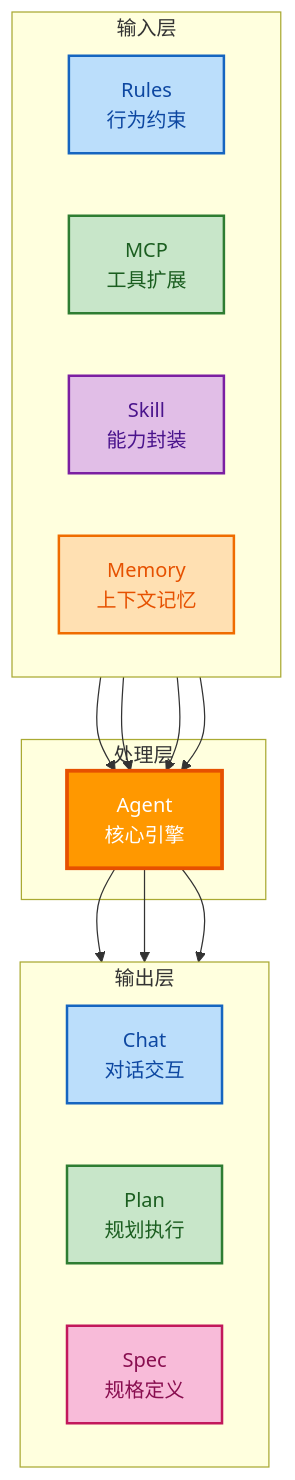
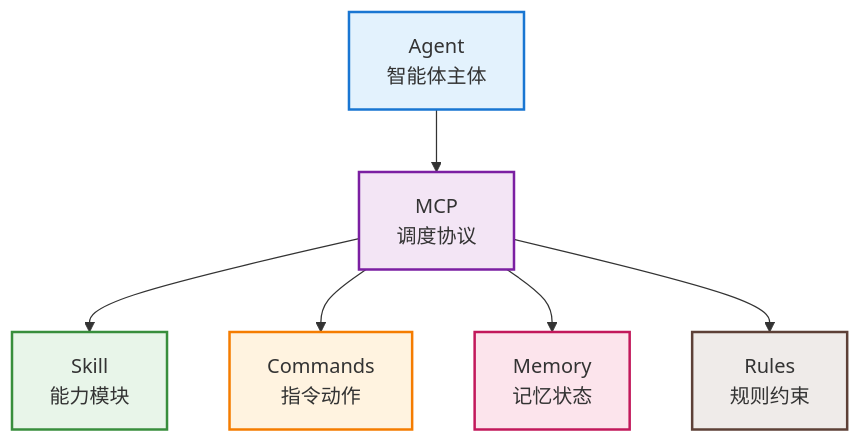
One commit to eliduty/slide changed the diagram in presentations/ai-coding/slides/agent/02-components.md. Above: the diagram before and after it, drawn with Mermaid. The commit also changed other lines of this file and 37 other files, not shown here.

````diff
--- a/presentations/ai-coding/slides/agent/02-components.md
+++ b/presentations/ai-coding/slides/agent/02-components.md
@@ -5,38 +7,15 @@
-```mermaid {scale: 1.0}
+```mermaid
 graph TB
-    subgraph 输入层
-        direction LR
-        R[Rules<br/>行为约束]
-        M[MCP<br/>工具扩展]
-        S[Skill<br/>能力封装]
-        Me[Memory<br/>上下文记忆]
-    end
+    A[Agent<br/>智能体主体] --> M[MCP<br/>调度协议]
+    M --> S[Skill<br/>能力模块]
+    M --> C[Commands<br/>指令动作]
+    M --> Me[Memory<br/>记忆状态]
+    M --> R[Rules<br/>规则约束]
 
-    subgraph 处理层
-        A[Agent<br/>核心引擎]
-    end
-
-    subgraph 输出层
-        direction LR
-        C[Chat<br/>对话交互]
-        P[Plan<br/>规划执行]
-        Sp[Spec<br/>规格定义]
-    end
-
-    R --> A
-    M --> A
-    S --> A
-    Me --> A
-    A --> C
-    A --> P
-    A --> Sp
-
-    style A fill:#ff9800,stroke:#e65100,stroke-width:3px,color:#fff
-    style R fill:#bbdefb,stroke:#1565c0,stroke-width:2px,color:#0d47a1
-    style M fill:#c8e6c9,stroke:#2e7d32,stroke-width:2px,color:#1b5e20
-    style S fill:#e1bee7,stroke:#7b1fa2,stroke-width:2px,color:#4a148c
-    style Me fill:#ffe0b2,stroke:#ef6c00,stroke-width:2px,color:#e65100
-    style C fill:#bbdefb,stroke:#1565c0,stroke-width:2px,color:#0d47a1
-    style P fill:#c8e6c9,stroke:#2e7d32,stroke-width:2px,color:#1b5e20
-    style Sp fill:#f8bbd9,stroke:#c2185b,stroke-width:2px,color:#880e4f
+    style A fill:#e3f2fd,stroke:#1976d2,stroke-width:2px
+    style M fill:#f3e5f5,stroke:#7b1fa2,stroke-width:2px
+    style S fill:#e8f5e9,stroke:#388e3c,stroke-width:2px
+    style C fill:#fff3e0,stroke:#f57c00,stroke-width:2px
+    style Me fill:#fce4ec,stroke:#c2185b,stroke-width:2px
+    style R fill:#efebe9,stroke:#5d4037,stroke-width:2px
 ```
````
